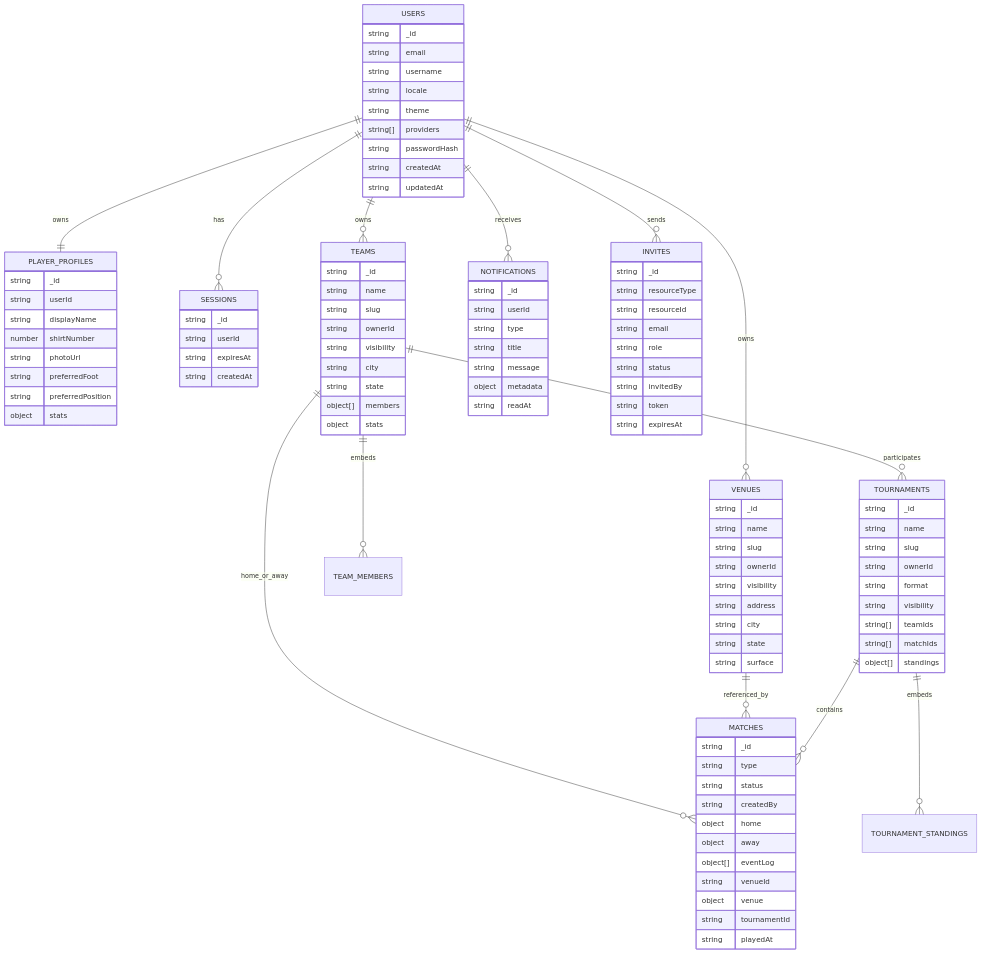
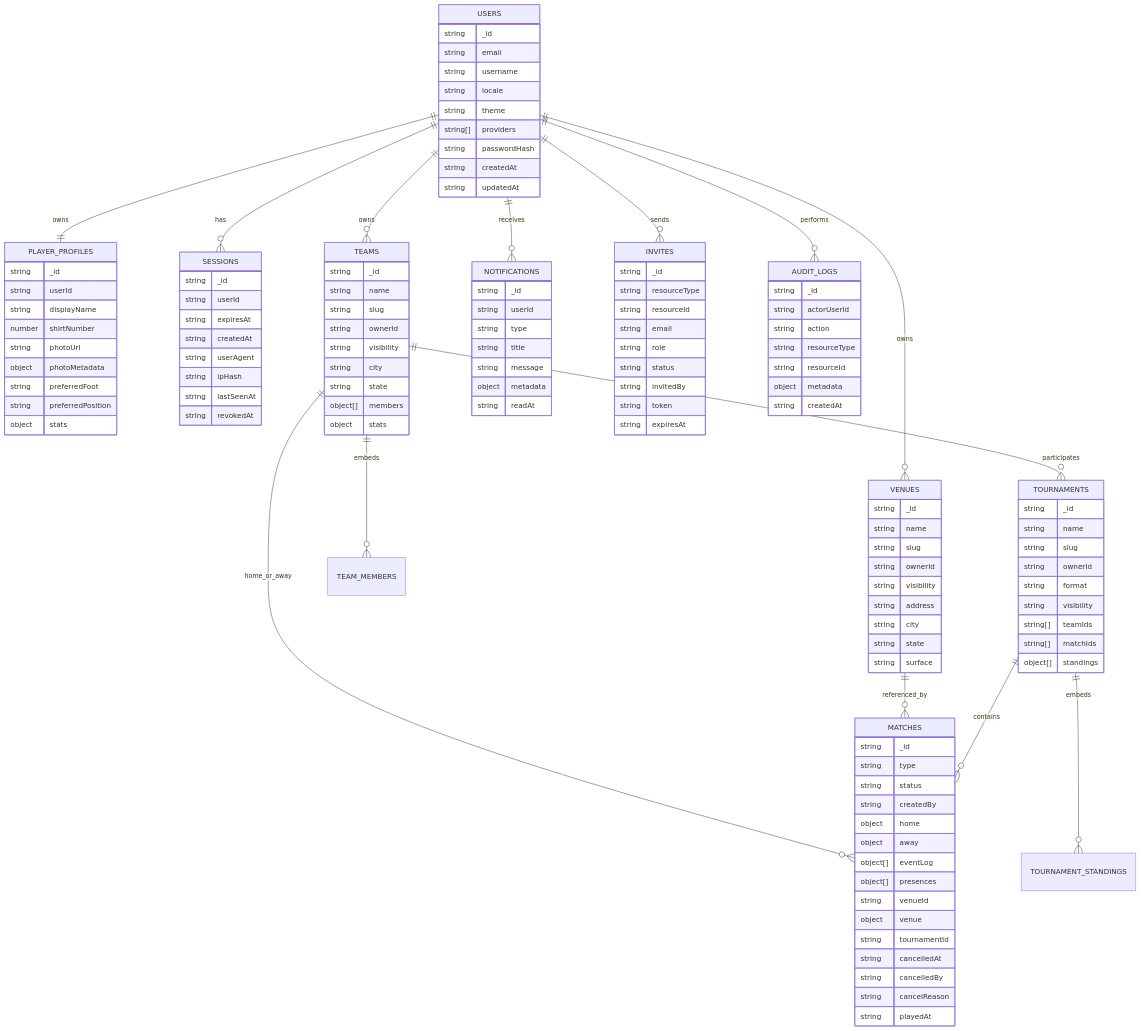
The first of 8 diagrams in docs/backend/mongo-collections.md (nalbcosta/soccer_stats), drawn with Mermaid before and after one commit. The commit also changed other lines of this file and 29 other files, not shown here.

````diff
--- a/docs/backend/mongo-collections.md
+++ b/docs/backend/mongo-collections.md
@@ -14,6 +14,7 @@
   USERS ||--o{ VENUES : owns
   USERS ||--o{ NOTIFICATIONS : receives
   USERS ||--o{ INVITES : sends
+  USERS ||--o{ AUDIT_LOGS : performs
 
   TEAMS ||--o{ TEAM_MEMBERS : embeds
   TEAMS ||--o{ MATCHES : home_or_away
@@ -41,6 +42,7 @@
     string displayName
     number shirtNumber
     string photoUrl
+    object photoMetadata
     string preferredFoot
     string preferredPosition
     object stats
@@ -78,9 +80,13 @@
     object home
     object away
     object[] eventLog
+    object[] presences
     string venueId
     object venue
     string tournamentId
+    string cancelledAt
+    string cancelledBy
+    string cancelReason
     string playedAt
   }
 
@@ -123,5 +129,19 @@
     string userId
     string expiresAt
     string createdAt
+    string userAgent
+    string ipHash
+    string lastSeenAt
+    string revokedAt
+  }
+
+  AUDIT_LOGS {
+    string _id
+    string actorUserId
+    string action
+    string resourceType
+    string resourceId
+    object metadata
+    string createdAt
   }
 ```
````
